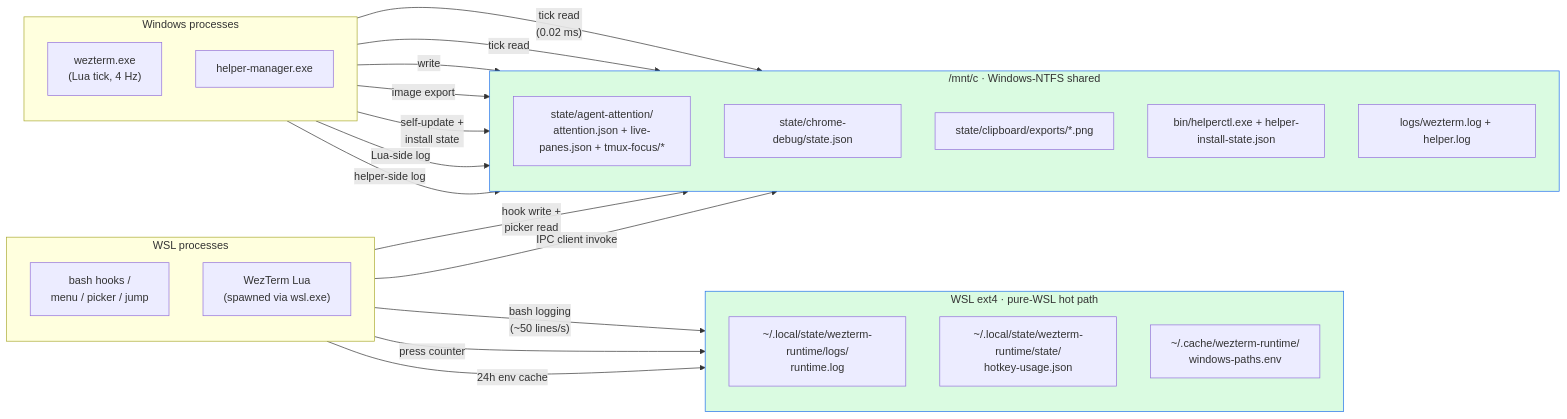
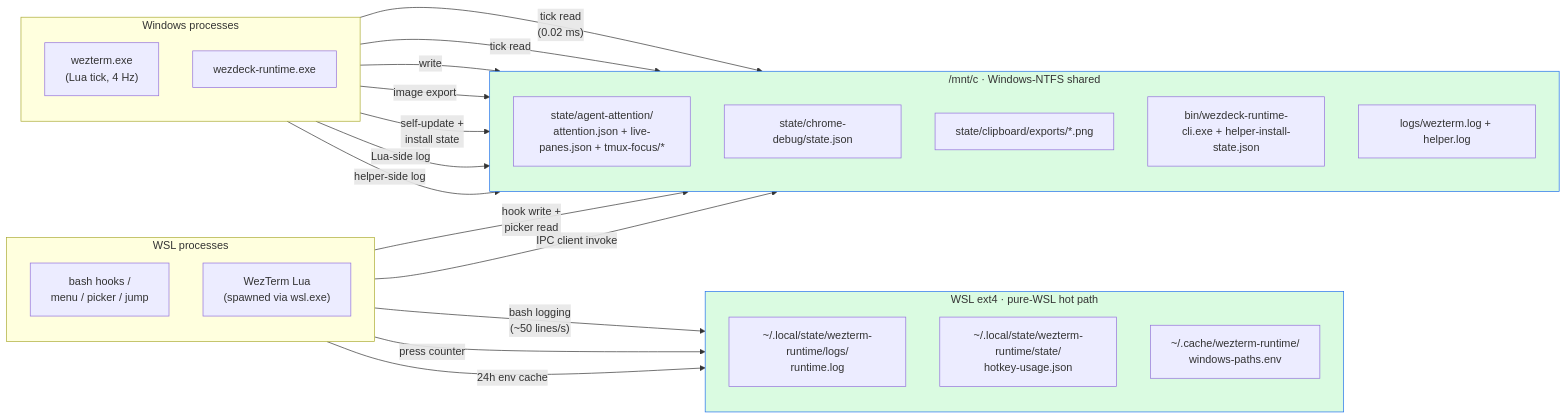
The diagram in docs/performance.md (yunsii/wezdeck), drawn with Mermaid before and after one commit. The commit also changed other lines of this file and 175 other files, not shown here.

Commit message:
feat(wezdeck): ship runtime console and AI Deck site

````diff
--- a/docs/performance.md
+++ b/docs/performance.md
@@ -152,49 +152,49 @@
 ```mermaid
 flowchart LR
   subgraph EXT4["WSL ext4 · pure-WSL hot path"]
     direction TB
     L1["~/.local/state/wezterm-runtime/logs/<br/>runtime.log"]
     L2["~/.local/state/wezterm-runtime/state/<br/>hotkey-usage.json"]
     L3["~/.cache/wezterm-runtime/<br/>windows-paths.env"]
   end
 
   subgraph NTFS["/mnt/c · Windows-NTFS shared"]
     direction TB
     N1["state/agent-attention/<br/>attention.json + live-panes.json + tmux-focus/*"]
     N2["state/chrome-debug/state.json"]
     N3["state/clipboard/exports/*.png"]
-    N4["bin/helperctl.exe + helper-install-state.json"]
+    N4["bin/wezdeck-runtime-cli.exe + helper-install-state.json"]
     N5["logs/wezterm.log + helper.log"]
   end
 
   subgraph WSLP["WSL processes"]
     direction TB
     WP1["bash hooks /<br/>menu / picker / jump"]
     WP2["WezTerm Lua<br/>(spawned via wsl.exe)"]
   end
 
   subgraph WINP["Windows processes"]
     direction TB
     HP1["wezterm.exe<br/>(Lua tick, 4 Hz)"]
-    HP2["helper-manager.exe"]
+    HP2["wezdeck-runtime.exe"]
   end
 
   WP1 -- "bash logging<br/>(~50 lines/s)" --> L1
   WP1 -- "press counter" --> L2
   WP1 -- "24h env cache" --> L3
 
   WP1 -- "hook write +<br/>picker read" --> N1
   HP1 -- "tick read<br/>(0.02 ms)" --> N1
   HP1 -- "tick read" --> N2
   HP2 -- write --> N2
   HP2 -- "image export" --> N3
   HP2 -- "self-update +<br/>install state" --> N4
   WP1 -- "IPC client invoke" --> N4
   HP1 -- "Lua-side log" --> N5
   HP2 -- "helper-side log" --> N5
 
   classDef good fill:#dafbe1,stroke:#1f6feb
   classDef bad fill:#ffebe9,stroke:#cf222e
   class EXT4 good
   class NTFS good
 ```
````
